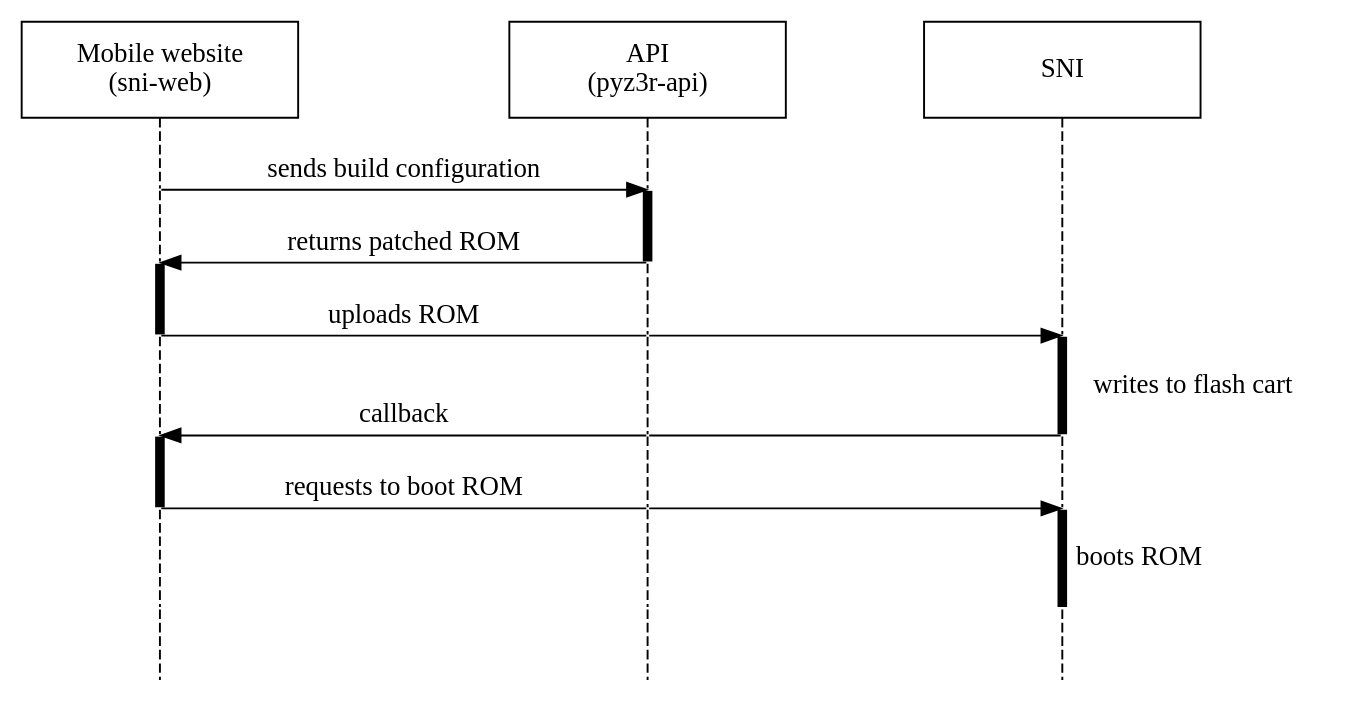
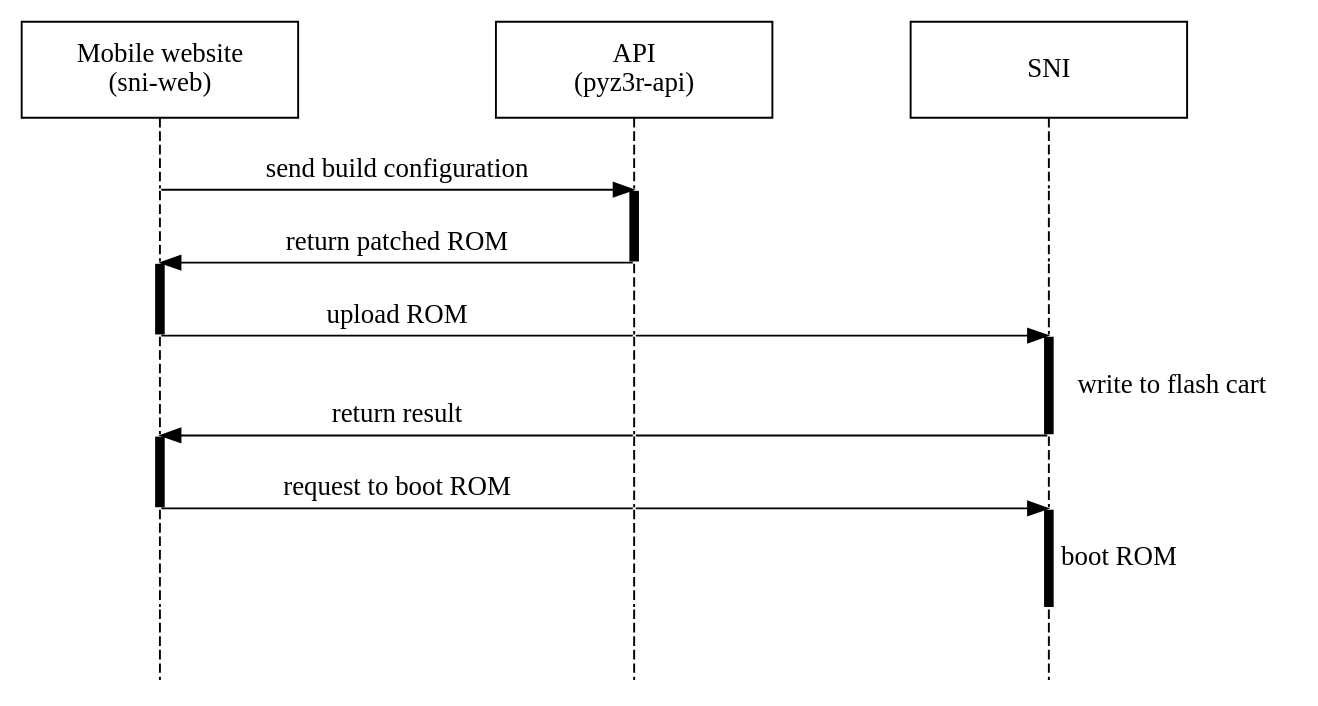
Before and after one commit to jrobichaud/retrogaming: the diagram in src/graphs/alttpr_sequence.dot, drawn with Graphviz. The commit also changed 3 other files, not shown here.

```diff
--- a/src/graphs/alttpr_sequence.dot
+++ b/src/graphs/alttpr_sequence.dot
@@ -1,52 +1,52 @@
 // https://stackoverflow.com/a/59363959/2115513
 
 digraph SEQ_DIAGRAM {
     graph [overlap=true, splines=line, nodesep=1.0, ordering=out];
     edge [arrowhead=none];
     node [shape=none, width=0, height=0, label=""];
 
     {
         rank=same;
         node[shape=rectangle, height=0.7, width=2];
         mobile_website[label="Mobile website\n(sni-web)"];
         api[label="API\n(pyz3r-api)"];
         sni[label="SNI"];
     }
     // Draw vertical lines
     {
         edge [style=dashed, weight=6];
         mobile_website -> a1;
         a1 -> a2;
         a2 -> a3 [penwidth=5, style=solid];
         a3 -> a4;
         a4 -> a5 [penwidth=5, style=solid];
         a5 -> a6;
         a6 -> a7;
     }
     {
         edge [style=dashed, weight=6];
         api -> b1;
         b1 -> b2 [penwidth=5; style=solid];
         b2 -> b3;
         b3 -> b4;
         b4 -> b5;
         b5 -> b6;
         b6 -> b7;
     }
     {
         edge [style=dashed, weight=6];
         sni -> c1;
         c1-> c2;
         c2 -> c3;
-        c3 -> c4 [label="writes to flash cart", penwidth=5, style=solid];
+        c3 -> c4 [label="write to flash cart", penwidth=5, style=solid];
         c4 -> c5;
-        c5 -> c6 [label="boots ROM", penwidth=5, style=solid];
+        c5 -> c6 [label="boot ROM", penwidth=5, style=solid];
         c6 -> c7;
     }
 
-    { rank=same; a1 -> b1 [label="sends build configuration", arrowhead=normal]; }
-    { rank=same; a2 -> b2 [label="returns patched ROM", arrowhead=normal, dir=back]; }
-    { rank=same; a3 -> b3 [label="uploads ROM"]; b3 -> c3 [arrowhead=normal]; }
-    { rank=same; a4 -> b4 [label="callback", arrowhead=normal, dir=back]; b4 -> c4; }
-    { rank=same; a5 -> b5 [label="requests to boot ROM"]; b5 -> c5 [arrowhead=normal]; }
+    { rank=same; a1 -> b1 [label="send build configuration", arrowhead=normal]; }
+    { rank=same; a2 -> b2 [label="return patched ROM", arrowhead=normal, dir=back]; }
+    { rank=same; a3 -> b3 [label="upload ROM"]; b3 -> c3 [arrowhead=normal]; }
+    { rank=same; a4 -> b4 [label="return result", arrowhead=normal, dir=back]; b4 -> c4; }
+    { rank=same; a5 -> b5 [label="request to boot ROM"]; b5 -> c5 [arrowhead=normal]; }
 }
```
